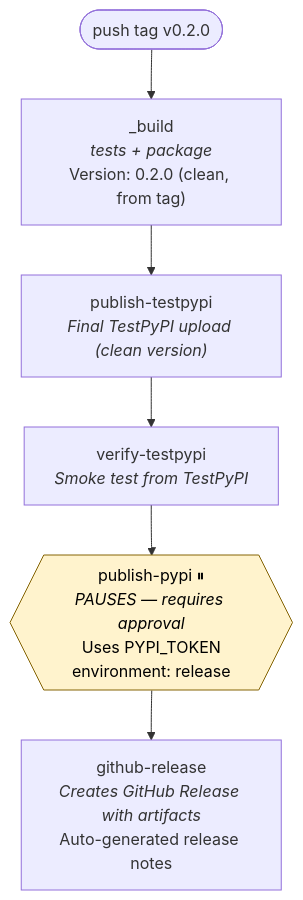
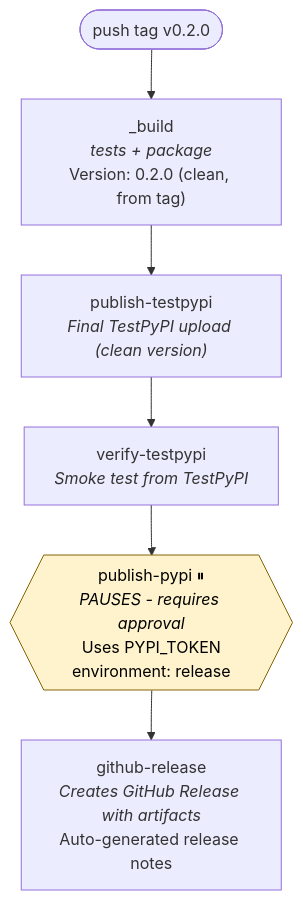
One commit to Azure/agentops changed the second of 3 diagrams in docs/release-process.md. Above: the diagram before and after it, drawn with Mermaid. The commit also changed other lines of this file and 104 other files, not shown here.

````diff
--- a/docs/release-process.md
+++ b/docs/release-process.md
@@ -513,14 +513,14 @@
 ```mermaid
 flowchart TD
     tag(["push tag v0.2.0"])
     build["_build<br/><i>tests + package</i><br/>Version: 0.2.0 (clean, from tag)"]
     publishTest["publish-testpypi<br/><i>Final TestPyPI upload (clean version)</i>"]
     verifyTest["verify-testpypi<br/><i>Smoke test from TestPyPI</i>"]
-    publishPypi{{"publish-pypi ⏸<br/><i>PAUSES — requires approval</i><br/>Uses PYPI_TOKEN<br/>environment: release"}}
+    publishPypi{{"publish-pypi ⏸<br/><i>PAUSES - requires approval</i><br/>Uses PYPI_TOKEN<br/>environment: release"}}
     ghRelease["github-release<br/><i>Creates GitHub Release with artifacts</i><br/>Auto-generated release notes"]
 
     tag --> build --> publishTest --> verifyTest --> publishPypi --> ghRelease
 
     classDef gate fill:#fff3cd,stroke:#856404,color:#000;
     class publishPypi gate;
 ```
````
